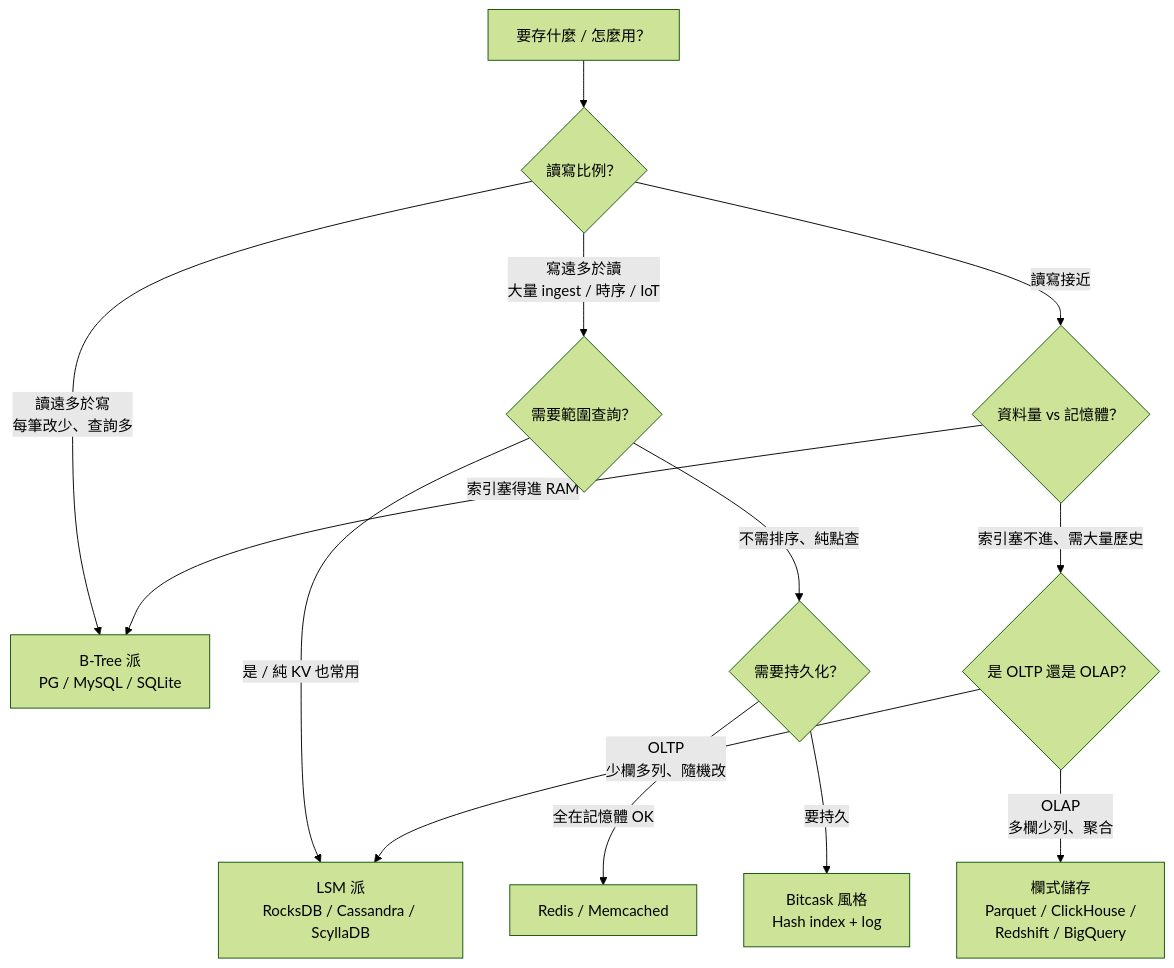
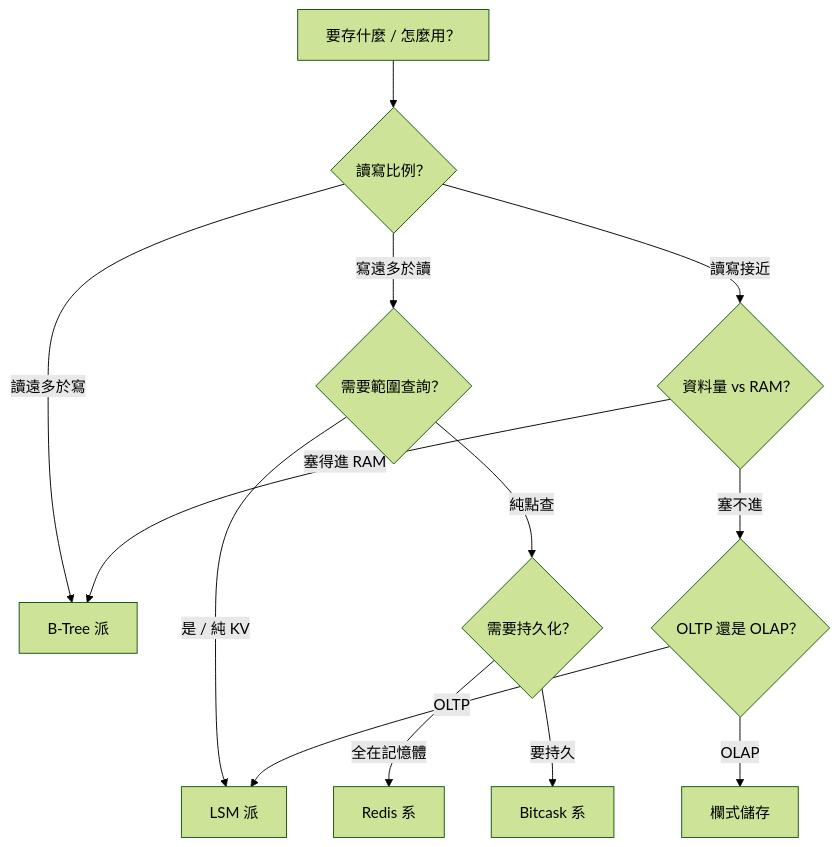
Before and after one commit to maplestartend/ddia-zh: the diagram in docs/part-1/ch03-storage.md, drawn with Mermaid (forest theme). The commit also changed other lines of this file and 6 other files, not shown here.

````diff
--- a/docs/part-1/ch03-storage.md
+++ b/docs/part-1/ch03-storage.md
@@ -190,17 +190,17 @@
 ```mermaid
 graph TD
     Start[要存什麼 / 怎麼用？] --> Q1{讀寫比例？}
-    Q1 -- 讀遠多於寫<br/>每筆改少、查詢多 --> BTree[B-Tree 派<br/>PG / MySQL / SQLite]
-    Q1 -- 寫遠多於讀<br/>大量 ingest / 時序 / IoT --> Q2{需要範圍查詢？}
-    Q1 -- 讀寫接近 --> Q3{資料量 vs 記憶體？}
+    Q1 -- 讀遠多於寫 --> BTree[B-Tree 派]
+    Q1 -- 寫遠多於讀 --> Q2{需要範圍查詢？}
+    Q1 -- 讀寫接近 --> Q3{資料量 vs RAM？}
 
-    Q2 -- 是 / 純 KV 也常用 --> LSM[LSM 派<br/>RocksDB / Cassandra / ScyllaDB]
-    Q2 -- 不需排序、純點查 --> Q4{需要持久化？}
-    Q4 -- 全在記憶體 OK --> Redis[Redis / Memcached]
-    Q4 -- 要持久 --> Hash[Bitcask 風格<br/>Hash index + log]
+    Q2 -- 是 / 純 KV --> LSM[LSM 派]
+    Q2 -- 純點查 --> Q4{需要持久化？}
+    Q4 -- 全在記憶體 --> Redis[Redis 系]
+    Q4 -- 要持久 --> Hash[Bitcask 系]
 
-    Q3 -- 索引塞得進 RAM --> BTree
-    Q3 -- 索引塞不進、需大量歷史 --> Q5{是 OLTP 還是 OLAP？}
-    Q5 -- OLTP<br/>少欄多列、隨機改 --> LSM
-    Q5 -- OLAP<br/>多欄少列、聚合 --> Column[欄式儲存<br/>Parquet / ClickHouse /<br/>Redshift / BigQuery]
+    Q3 -- 塞得進 RAM --> BTree
+    Q3 -- 塞不進 --> Q5{OLTP 還是 OLAP？}
+    Q5 -- OLTP --> LSM
+    Q5 -- OLAP --> Column[欄式儲存]
 ```
````
